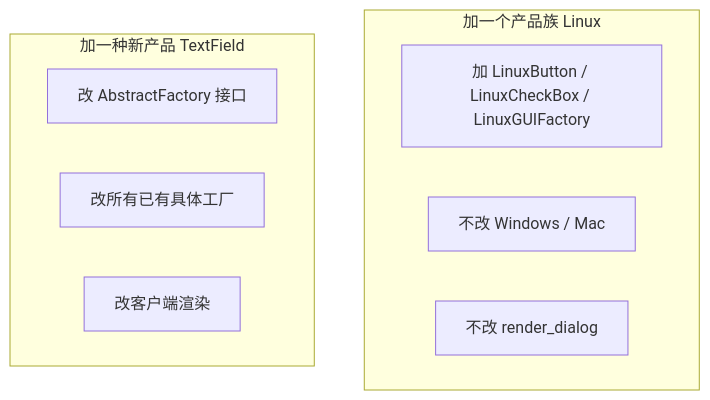
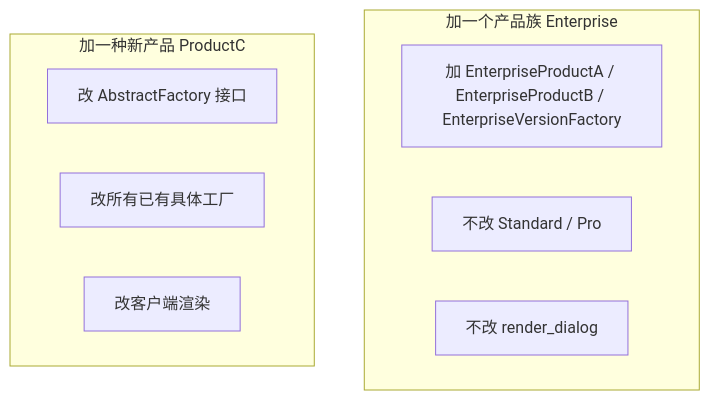
Before and after one commit to zackdlut/design_pattern: the sixth of 9 diagrams in docs/creational/abstract_factory.md, drawn with Mermaid. The commit also changed other lines of this file and 12 other files, not shown here.

````diff
--- a/docs/creational/abstract_factory.md
+++ b/docs/creational/abstract_factory.md
@@ -196,13 +196,13 @@
 ```mermaid
 flowchart TD
-  subgraph 加一族["加一个产品族 Linux"]
-    A1[加 LinuxButton / LinuxCheckBox / LinuxGUIFactory]
-    A2[不改 Windows / Mac]
+  subgraph 加一族["加一个产品族 Enterprise"]
+    A1[加 EnterpriseProductA / EnterpriseProductB / EnterpriseVersionFactory]
+    A2[不改 Standard / Pro]
     A3[不改 render_dialog]
   end
-  subgraph 加一种["加一种新产品 TextField"]
+  subgraph 加一种["加一种新产品 ProductC"]
     B1[改 AbstractFactory 接口]
     B2[改所有已有具体工厂]
     B3[改客户端渲染]
   end
 ```
````
